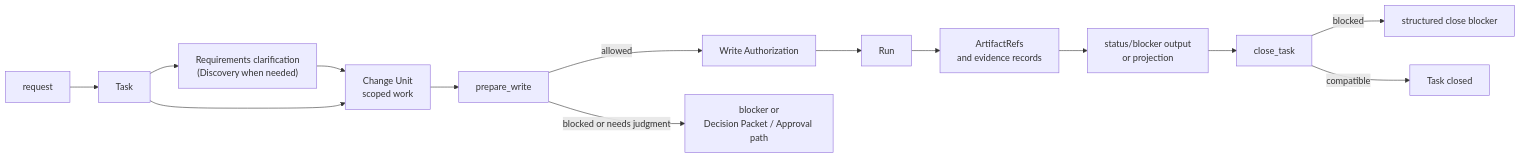
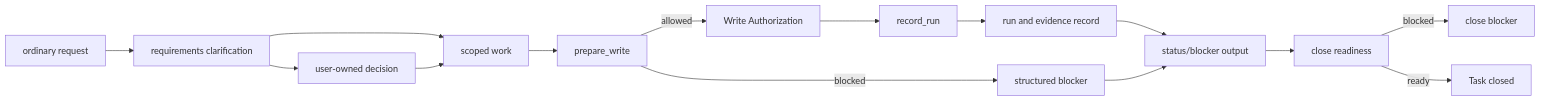
Before and after one commit to minjungw00/Harness_Project: the diagram in docs/en/build/runtime-walkthrough.md, drawn with Mermaid. The commit also changed 20 other files, not shown here.

Commit message:
docs: refresh diagrams for staged authority model

````diff
--- a/docs/en/build/runtime-walkthrough.md
+++ b/docs/en/build/runtime-walkthrough.md
@@ -28,16 +28,17 @@
 ```mermaid
 flowchart LR
-  Request["request"] --> Task["Task"]
-  Task --> Discovery["Requirements clarification<br/>(Discovery when needed)"]
-  Discovery --> ChangeUnit["Change Unit<br/>scoped work"]
-  Task --> ChangeUnit
-  ChangeUnit --> Prepare["prepare_write"]
+  Request["ordinary request"] --> Clarify["requirements clarification"]
+  Clarify --> Decision["user-owned decision"]
+  Clarify --> Scope["scoped work"]
+  Decision --> Scope
+  Scope --> Prepare["prepare_write"]
   Prepare -->|allowed| Authorization["Write Authorization"]
-  Prepare -->|blocked or needs judgment| Blocker["blocker or<br/>Decision Packet / Approval path"]
-  Authorization --> Run["Run"]
-  Run --> Evidence["ArtifactRefs<br/>and evidence records"]
-  Evidence --> Readable["status/blocker output<br/>or projection"]
-  Readable --> CloseCheck["close_task"]
-  CloseCheck -->|blocked| CloseBlocker["structured close blocker"]
-  CloseCheck -->|compatible| Close["Task closed"]
+  Prepare -->|blocked| Blocker["structured blocker"]
+  Authorization --> Run["record_run"]
+  Run --> Evidence["run and evidence record"]
+  Evidence --> Readable["status/blocker output"]
+  Blocker --> Readable
+  Readable --> CloseCheck["close readiness"]
+  CloseCheck -->|blocked| CloseBlocker["close blocker"]
+  CloseCheck -->|ready| Close["Task closed"]
 ```
````
